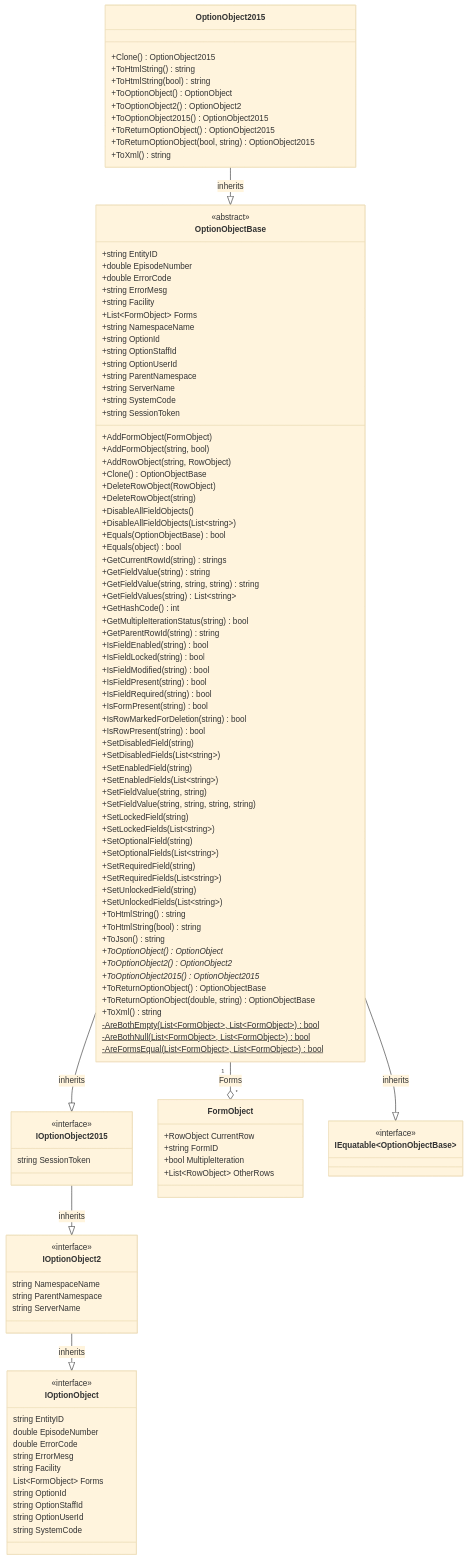
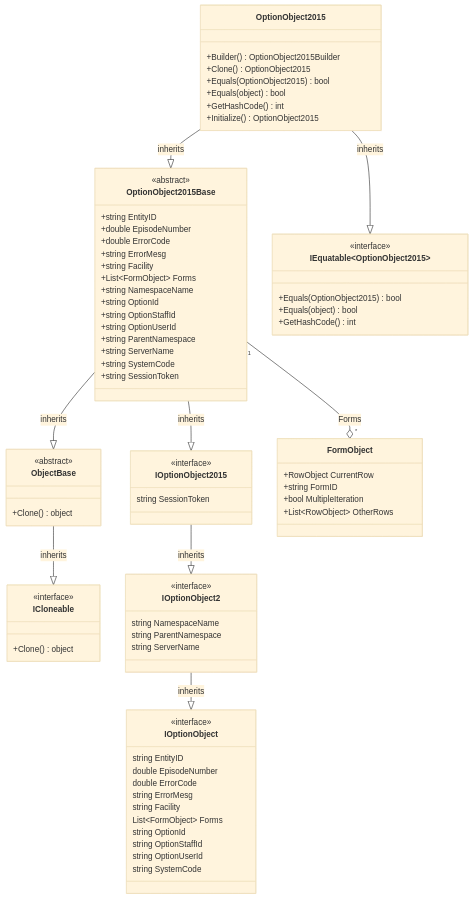
One commit to rarelysimple/RarelySimple.AvatarScriptLink changed the second of 2 diagrams in docs/docs/dotnet/data-model/optionobject2015.mdx. Above: the diagram before and after it, drawn with Mermaid (base theme). The commit also changed other lines of this file and 62 other files, not shown here.

````diff
--- a/docs/docs/dotnet/data-model/optionobject2015.mdx
+++ b/docs/docs/dotnet/data-model/optionobject2015.mdx
@@ -248,18 +224,15 @@
 ```mermaid
 classDiagram
 class OptionObject2015 {
+    +Builder() OptionObject2015Builder
     +Clone() OptionObject2015
-    +ToHtmlString() string
-    +ToHtmlString(bool) string
-    +ToOptionObject() OptionObject
-    +ToOptionObject2() OptionObject2
-    +ToOptionObject2015() OptionObject2015
-    +ToReturnOptionObject() OptionObject2015
-    +ToReturnOptionObject(bool, string) OptionObject2015
-    +ToXml() string
+    +Equals(OptionObject2015) bool
+    +Equals(object) bool
+    +GetHashCode() int
+    +Initialize() OptionObject2015
 }
 
-class OptionObjectBase {
+class OptionObject2015Base {
     +string EntityID
     +double EpisodeNumber
     +double ErrorCode
@@ -274,59 +247,18 @@
     +string ServerName
     +string SystemCode
     +string SessionToken
-    +AddFormObject(FormObject)
-    +AddFormObject(string, bool)
-    +AddRowObject(string, RowObject)
-    +Clone() OptionObjectBase
-    +DeleteRowObject(RowObject)
-    +DeleteRowObject(string)
-    +DisableAllFieldObjects()
-    +DisableAllFieldObjects(List~string~)
-    +Equals(OptionObjectBase) bool
-    +Equals(object) bool
-    +GetCurrentRowId(string) strings
-    +GetFieldValue(string) string
-    +GetFieldValue(string, string, string) string
-    +GetFieldValues(string) List~string~
-    +GetHashCode() int
-    +GetMultipleIterationStatus(string) bool
-    +GetParentRowId(string) string
-    +IsFieldEnabled(string) bool
-    +IsFieldLocked(string) bool
-    +IsFieldModified(string) bool
-    +IsFieldPresent(string) bool
-    +IsFieldRequired(string) bool
-    +IsFormPresent(string) bool
-    +IsRowMarkedForDeletion(string) bool
-    +IsRowPresent(string) bool
-    +SetDisabledField(string)
-    +SetDisabledFields(List~string~)
-    +SetEnabledField(string)
-    +SetEnabledFields(List~string~)
-    +SetFieldValue(string, string)
-    +SetFieldValue(string, string, string, string)
-    +SetLockedField(string)
-    +SetLockedFields(List~string~)
-    +SetOptionalField(string)
-    +SetOptionalFields(List~string~)
-    +SetRequiredField(string)
-    +SetRequiredFields(List~string~)
-    +SetUnlockedField(string)
-    +SetUnlockedFields(List~string~)
-    +ToHtmlString() string
-    +ToHtmlString(bool) string
-    +ToJson() string
-    +ToOptionObject()* OptionObject
-    +ToOptionObject2()* OptionObject2
-    +ToOptionObject2015()* OptionObject2015
-    +ToReturnOptionObject() OptionObjectBase
-    +ToReturnOptionObject(double, string) OptionObjectBase
-    +ToXml() string
-    -AreBothEmpty(List~FormObject~, List~FormObject~)$ bool
-    -AreBothNull(List~FormObject~, List~FormObject~)$ bool
-    -AreFormsEqual(List~FormObject~, List~FormObject~)$ bool
 }
-<<abstract>> OptionObjectBase
+<<abstract>> OptionObject2015Base
+
+class ObjectBase {
+    +Clone() object
+}
+<<abstract>> ObjectBase
+
+class ICloneable {
+    +Clone() object
+}
+<<interface>> ICloneable
 
 class IOptionObject2015 {
     string SessionToken
@@ -361,16 +293,22 @@
     +List~RowObject~ OtherRows
 }
 
-class IEquatable~OptionObjectBase~
-<<interface>> IEquatable~OptionObjectBase~
+class IEquatable~OptionObject2015~ {
+    +Equals(OptionObject2015) bool
+    +Equals(object) bool
+    +GetHashCode() int
+}
+<<interface>> IEquatable~OptionObject2015~
 
-OptionObjectBase "1" --o "*" FormObject : Forms
+OptionObject2015Base "1" --o "*" FormObject : Forms
 
-OptionObject2015 --|> OptionObjectBase : inherits
-OptionObjectBase --|> IEquatable~OptionObjectBase~ : inherits
-OptionObjectBase --|> IOptionObject2015 : inherits
+OptionObject2015 --|> OptionObject2015Base : inherits
+OptionObject2015 --|> IEquatable~OptionObject2015~ : inherits
+OptionObject2015Base --|> IOptionObject2015 : inherits
+OptionObject2015Base --|> ObjectBase : inherits
 IOptionObject2015 --|> IOptionObject2 : inherits
 IOptionObject2 --|> IOptionObject : inherits
+ObjectBase --|> ICloneable : inherits
 
 click FormObject href "./formobject" "Learn more about the FormObject"
 ```
````
